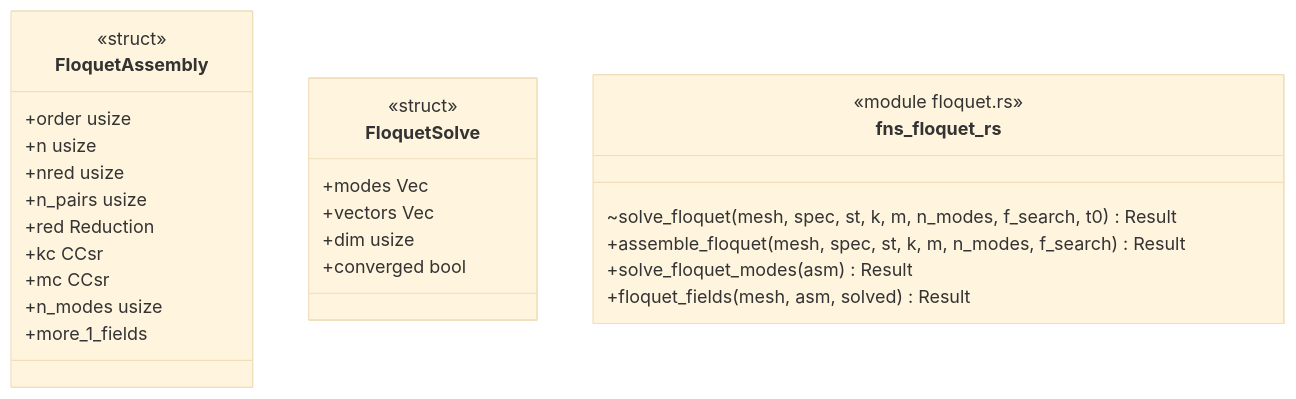
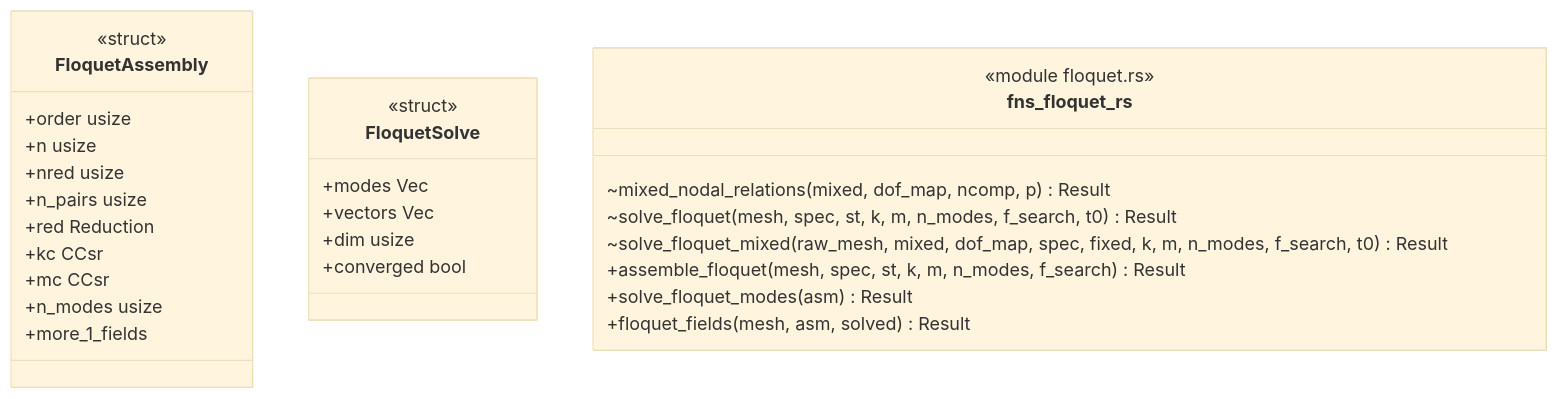
One commit to p-j-r/nyx changed the diagram in docs/architecture/c4/4-code/sms/floquet.md. Above: the diagram before and after it, drawn with Mermaid (base theme). The commit also changed other lines of this file and 110 other files, not shown here.

````diff
--- a/docs/architecture/c4/4-code/sms/floquet.md
+++ b/docs/architecture/c4/4-code/sms/floquet.md
@@ -35,29 +38,31 @@
 ```mermaid
 classDiagram
   class FloquetAssembly {
       <<struct>>
       +order usize
       +n usize
       +nred usize
       +n_pairs usize
       +red Reduction
       +kc CCsr
       +mc CCsr
       +n_modes usize
       +more_1_fields
   }
   class FloquetSolve {
       <<struct>>
       +modes Vec
       +vectors Vec
       +dim usize
       +converged bool
   }
   class fns_floquet_rs {
       <<module floquet.rs>>
+      ~mixed_nodal_relations(mixed, dof_map, ncomp, p) Result
       ~solve_floquet(mesh, spec, st, k, m, n_modes, f_search, t0) Result
+      ~solve_floquet_mixed(raw_mesh, mixed, dof_map, spec, fixed, k, m, n_modes, f_search, t0) Result
       +assemble_floquet(mesh, spec, st, k, m, n_modes, f_search) Result
       +solve_floquet_modes(asm) Result
       +floquet_fields(mesh, asm, solved) Result
   }
 ```
````
